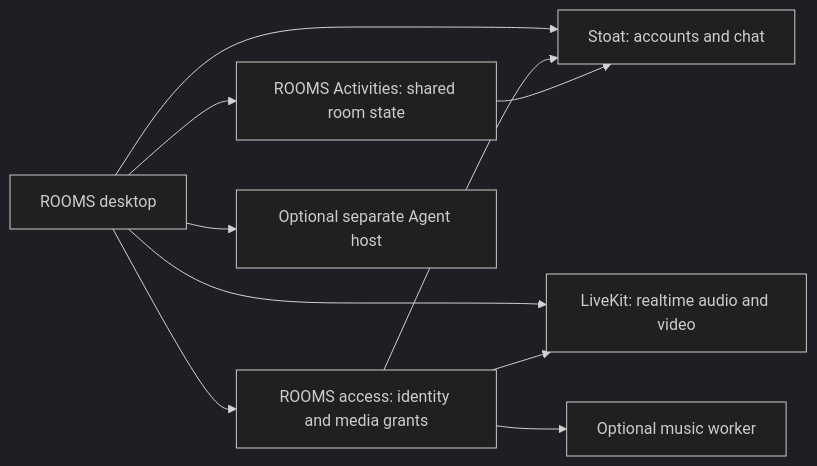
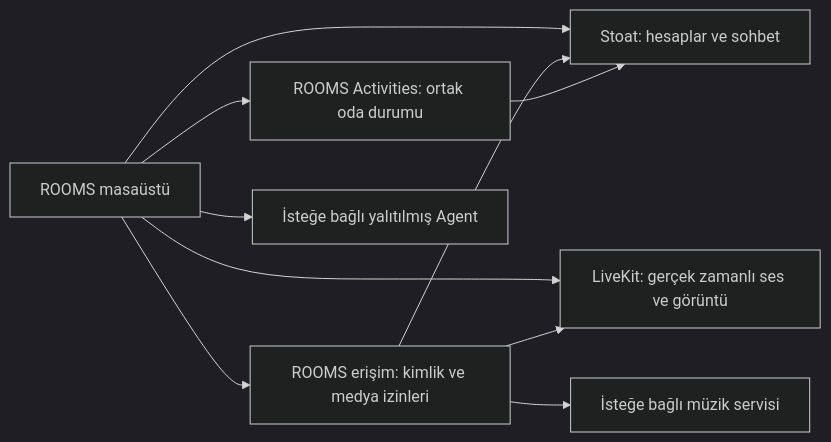
One commit to egemenmermer/rooms changed the diagram in README.md. Above: the diagram before and after it, drawn with Mermaid (dark theme). The commit also changed other lines of this file and 41 other files, not shown here.

````diff
--- a/README.md
+++ b/README.md
@@ -131,12 +154,12 @@
 ```mermaid
 flowchart LR
-    Desktop[ROOMS desktop] --> Social[Stoat: accounts and chat]
-    Desktop --> Access[ROOMS access: identity and media grants]
+    Desktop[ROOMS masaüstü] --> Social[Stoat: hesaplar ve sohbet]
+    Desktop --> Access[ROOMS erişim: kimlik ve medya izinleri]
     Access --> Social
-    Desktop --> Media[LiveKit: realtime audio and video]
+    Desktop --> Media[LiveKit: gerçek zamanlı ses ve görüntü]
     Access --> Media
-    Desktop --> Activities[ROOMS Activities: shared room state]
+    Desktop --> Activities[ROOMS Activities: ortak oda durumu]
     Activities --> Social
-    Access --> Music[Optional music worker]
-    Desktop --> Agent[Optional separate Agent host]
+    Access --> Music[İsteğe bağlı müzik servisi]
+    Desktop --> Agent[İsteğe bağlı yalıtılmış Agent]
 ```
````
